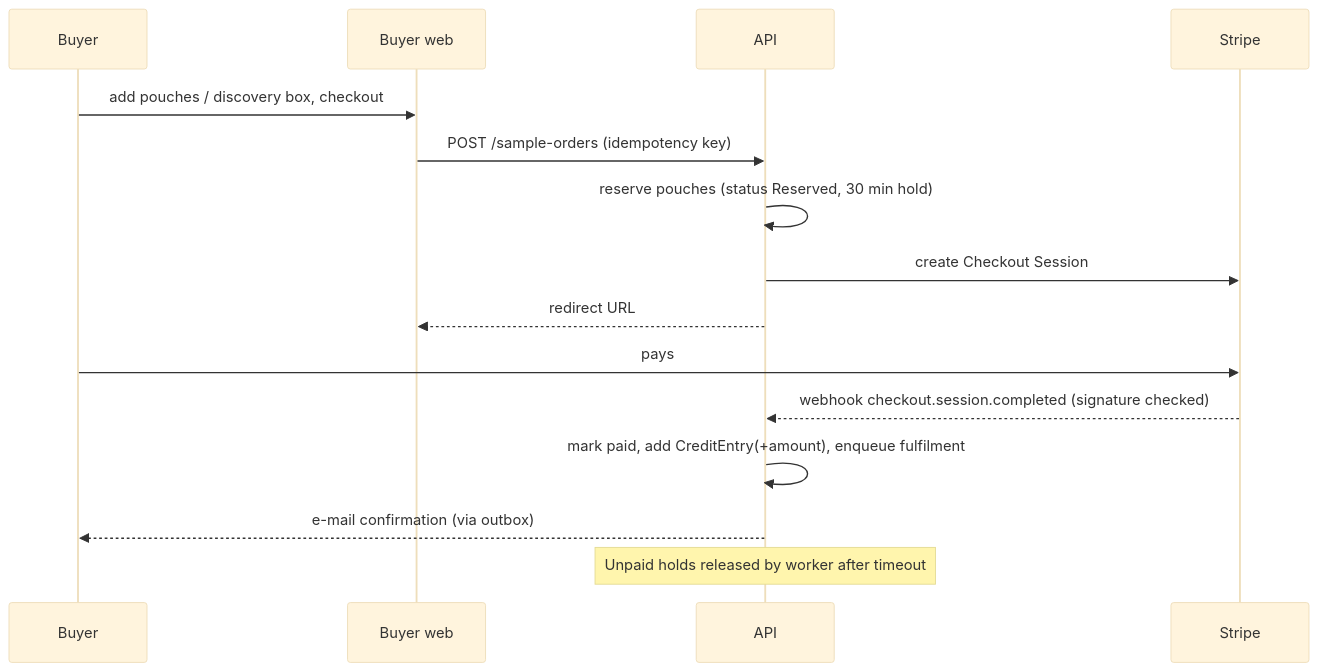
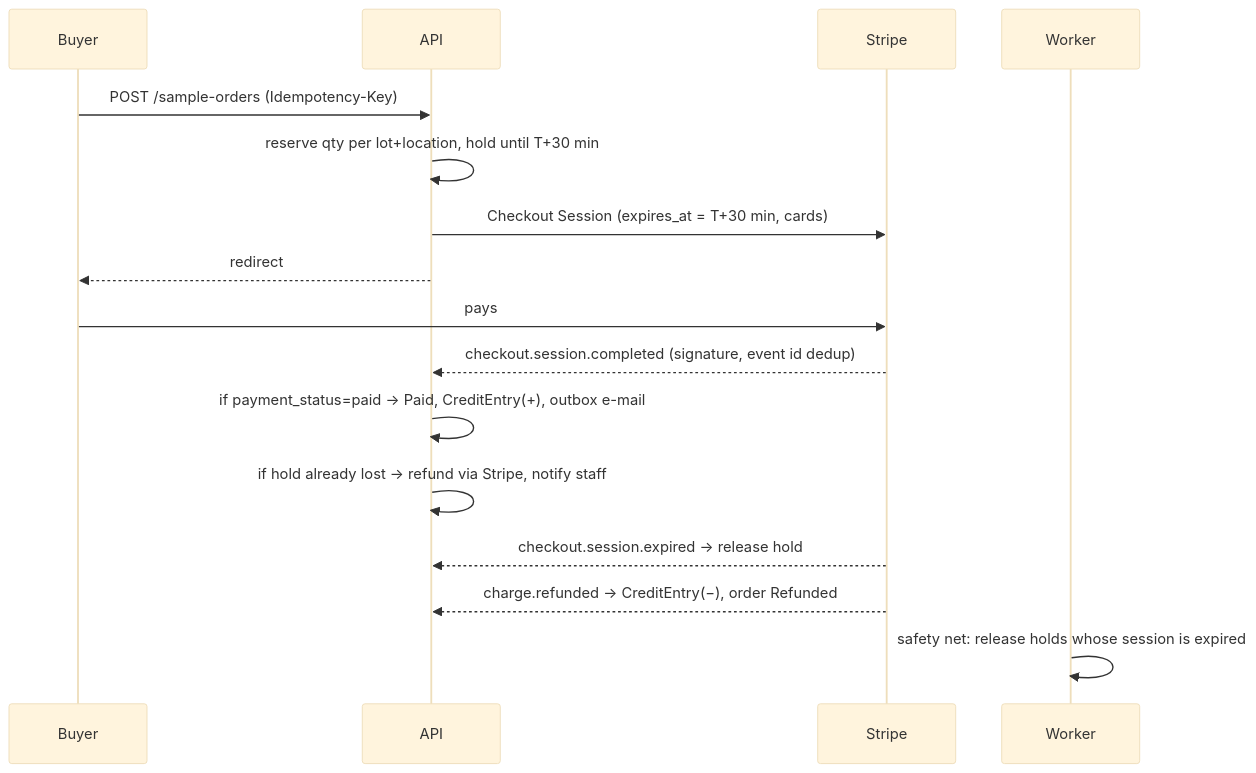
One commit to paulrijk/Farmersample changed the fourth of 4 diagrams in docs/ARCHITECTURE.md. Above: the diagram before and after it, drawn with Mermaid (base theme). The commit also changed other lines of this file, not shown here.

Commit message:
Architecture v0.2 after review round 1

````diff
--- a/docs/ARCHITECTURE.md
+++ b/docs/ARCHITECTURE.md
@@ -249,17 +266,18 @@
 ```mermaid
 sequenceDiagram
   participant B as Buyer
-  participant W as Buyer web
   participant A as API
   participant S as Stripe
-  B->>W: add pouches / discovery box, checkout
-  W->>A: POST /sample-orders (idempotency key)
-  A->>A: reserve pouches (status Reserved, 30 min hold)
-  A->>S: create Checkout Session
-  A-->>W: redirect URL
+  participant W as Worker
+  B->>A: POST /sample-orders (Idempotency-Key)
+  A->>A: reserve qty per lot+location, hold until T+30 min
+  A->>S: Checkout Session (expires_at = T+30 min, cards)
+  A-->>B: redirect
   B->>S: pays
-  S-->>A: webhook checkout.session.completed (signature checked)
-  A->>A: mark paid, add CreditEntry(+amount), enqueue fulfilment
-  A-->>B: e-mail confirmation (via outbox)
-  Note over A: Unpaid holds released by worker after timeout
+  S-->>A: checkout.session.completed (signature, event id dedup)
+  A->>A: if payment_status=paid → Paid, CreditEntry(+), outbox e-mail
+  A->>A: if hold already lost → refund via Stripe, notify staff
+  S-->>A: checkout.session.expired → release hold
+  S-->>A: charge.refunded → CreditEntry(−), order Refunded
+  W->>W: safety net: release holds whose session is expired
 ```
````
